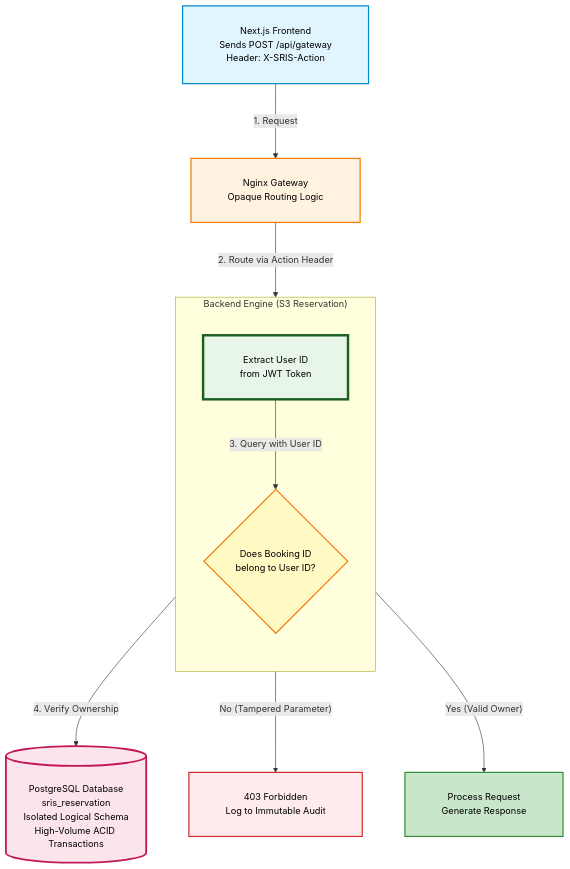
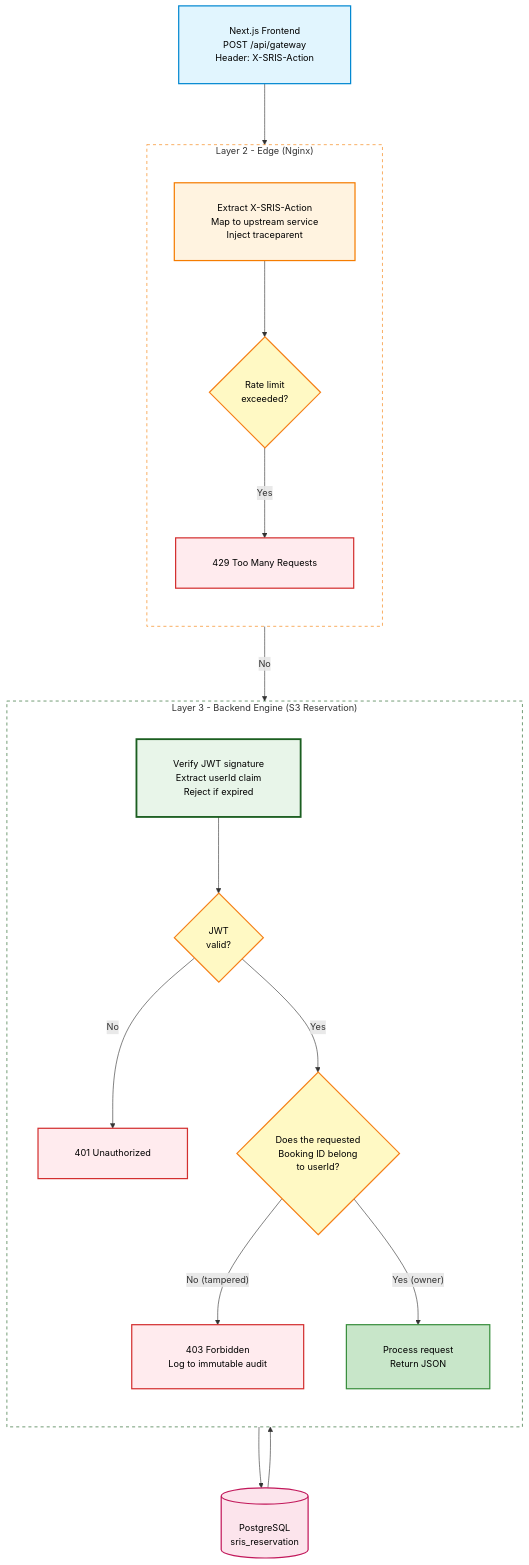
One commit to koushaljhacs/sris changed the third of 8 diagrams in docs/phase-1-foundation/wave-2-architecture/SRIS-P1-ARCH-009_ServiceInteractionAndCommunicationDesign.md. Above: the diagram before and after it, drawn with Mermaid. The commit also changed other lines of this file, not shown here.

````diff
--- a/docs/phase-1-foundation/wave-2-architecture/SRIS-P1-ARCH-009_ServiceInteractionAndCommunicationDesign.md
+++ b/docs/phase-1-foundation/wave-2-architecture/SRIS-P1-ARCH-009_ServiceInteractionAndCommunicationDesign.md
@@ -326,49 +440,68 @@
 ```mermaid
 %%{init: {
   "flowchart": {
     "nodeSpacing": 70,
     "rankSpacing": 100,
     "padding": 30,
     "curve": "basis",
     "htmlLabels": true
   },
   "themeVariables": {
     "fontSize": "15px",
     "fontFamily": "Segoe UI, Arial, sans-serif"
   }
 }}%%
-flowchart TD
-    %% Styling
+flowchart TB
     classDef client fill:#E1F5FE,stroke:#0288D1,stroke-width:2px,color:#000;
     classDef gateway fill:#FFF3E0,stroke:#F57C00,stroke-width:2px,color:#000;
-    classDef engine fill:#E8F5E9,stroke:#1B5E20,stroke-width:4px,color:#000;
-    classDef db fill:#FCE4EC,stroke:#C2185B,stroke-width:3px,color:#000;
+    classDef engine fill:#E8F5E9,stroke:#1B5E20,stroke-width:3px,color:#000;
+    classDef db fill:#FCE4EC,stroke:#C2185B,stroke-width:2px,color:#000;
     classDef decision fill:#FFF9C4,stroke:#F57F17,stroke-width:2px,color:#000;
     classDef fail fill:#FFEBEE,stroke:#D32F2F,stroke-width:2px,color:#000;
     classDef success fill:#C8E6C9,stroke:#388E3C,stroke-width:2px,color:#000;
 
-    %% Nodes
-    Frontend["Next.js Frontend<br/>Sends POST /api/gateway<br/>Header: X-SRIS-Action"]:::client
-    Nginx["Nginx Gateway<br/>Opaque Routing Logic"]:::gateway
-    
-    subgraph Engine ["Backend Engine (S3 Reservation)"]
+    %% LAYER 1 - Client
+    Frontend["Next.js Frontend<br/>POST /api/gateway<br/>Header: X-SRIS-Action"]:::client
+
+    %% LAYER 2 - Edge (Nginx)
+    subgraph Edge ["Layer 2 - Edge (Nginx)"]
         direction TB
-        JWTCheck["Extract User ID<br/>from JWT Token"]:::engine
-        IDOR{"Does Booking ID<br/>belong to User ID?"}:::decision
+        Route["Extract X-SRIS-Action<br/>Map to upstream service<br/>Inject traceparent"]:::gateway
+        RateLimit{"Rate limit<br/>exceeded?"}:::decision
+        Reject429["429 Too Many Requests"]:::fail
     end
-    
-    DB[("PostgreSQL Database<br/>sris_reservation<br/>Isolated Logical Schema<br/>High-Volume ACID Transactions")]:::db
-    
-    Reject["403 Forbidden<br/>Log to Immutable Audit"]:::fail
-    Process["Process Request<br/>Generate Response"]:::success
+
+    %% LAYER 3 - Service (S3 example)
+    subgraph Engine ["Layer 3 - Backend Engine (S3 Reservation)"]
+        direction TB
+        JWT["Verify JWT signature<br/>Extract userId claim<br/>Reject if expired"]:::engine
+        JWTOk{"JWT<br/>valid?"}:::decision
+        Reject401["401 Unauthorized"]:::fail
+        IDOR{"Does the requested<br/>Booking ID belong<br/>to userId?"}:::decision
+        Reject403["403 Forbidden<br/>Log to immutable audit"]:::fail
+        Process["Process request<br/>Return JSON"]:::success
+    end
+
+    %% LAYER 4 - Data
+    DB[("PostgreSQL<br/>sris_reservation")]:::db
 
     %% Flow
-    Frontend -->|"1. Request"| Nginx
-    Nginx -->|"2. Route via Action Header"| JWTCheck
-    
-    JWTCheck -->|"3. Query with User ID"| IDOR
-    IDOR -->|"4. Verify Ownership"| DB
-    
-    IDOR -->|"No (Tampered Parameter)"| Reject
-    IDOR -->|"Yes (Valid Owner)"| Process
+    Frontend --> Route
+    Route --> RateLimit
+    RateLimit -->|"Yes"| Reject429
+    RateLimit -->|"No"| JWT
+
+    JWT --> JWTOk
+    JWTOk -->|"No"| Reject401
+    JWTOk -->|"Yes"| IDOR
+
+    IDOR -->|"No (tampered)"| Reject403
+    IDOR -->|"Yes (owner)"| Process
+
+    Process --> DB
+    DB --> Process
+
+    %% Subgraph styling
+    style Edge fill:#FFFFFF,stroke:#F57C00,stroke-width:1px,stroke-dasharray:5 5
+    style Engine fill:#FFFFFF,stroke:#1B5E20,stroke-width:1px,stroke-dasharray:5 5
 ```
````
